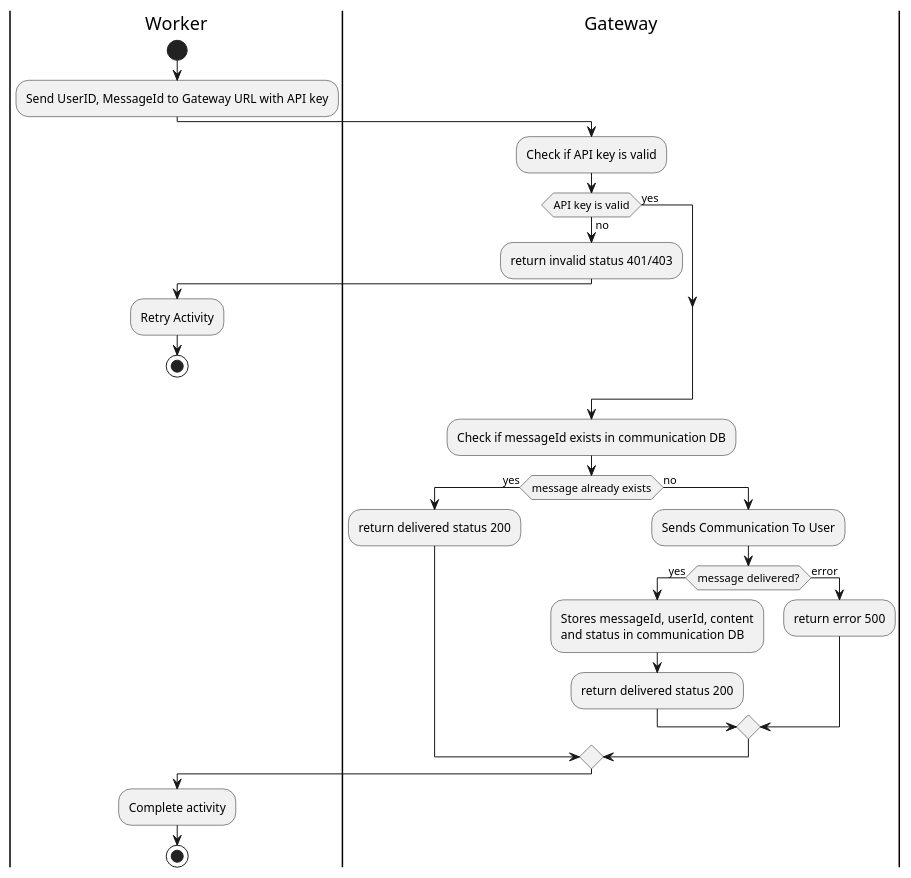
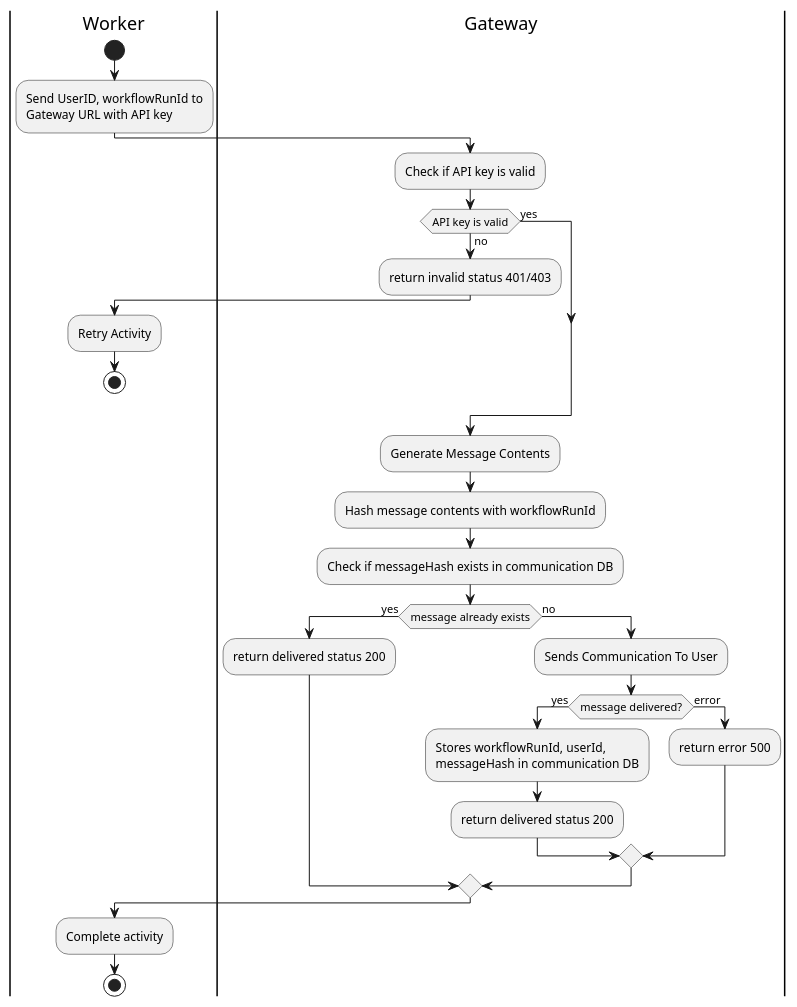
One commit to CameronWard301/communication_scheduler changed the diagram in Designs/Activity Diagrams/SendMessageToGatewayActivity.puml. Above: the diagram before and after it, drawn with PlantUML. The commit also changed 9 other files, not shown here.

Commit message:
refined Gateway design to accept workflowRunId

```diff
--- a/Designs/Activity Diagrams/SendMessageToGatewayActivity.puml
+++ b/Designs/Activity Diagrams/SendMessageToGatewayActivity.puml
@@ -1,41 +1,44 @@
 @startuml Send Message To Gateway Activity;
 |Worker|
 
 start
 
-:Send UserID, MessageId to Gateway URL with API key;
+:Send UserID, workflowRunId to
+Gateway URL with API key;
 
 |Gateway|
 
 :Check if API key is valid;
 if (API key is valid) is (no) then
 :return invalid status 401/403;
 |Worker|
 :Retry Activity;
 stop
 else (yes)
 
 endif
 
 |Gateway|
+:Generate Message Contents;
+:Hash message contents with workflowRunId;
 
-:Check if messageId exists in communication DB;
+:Check if messageHash exists in communication DB;
 if (message already exists) is (yes) then
 :return delivered status 200;
 else (no)
 
 :Sends Communication To User;
 
     if (message delivered?) is (yes) then
-    :Stores messageId, userId, content
-    and status in communication DB;
+    :Stores workflowRunId, userId,
+    messageHash in communication DB;
     :return delivered status 200;
     else (error)
     :return error 500;
     endif
 
 endif
 |Worker|
 :Complete activity;
 stop
 @enduml
```
